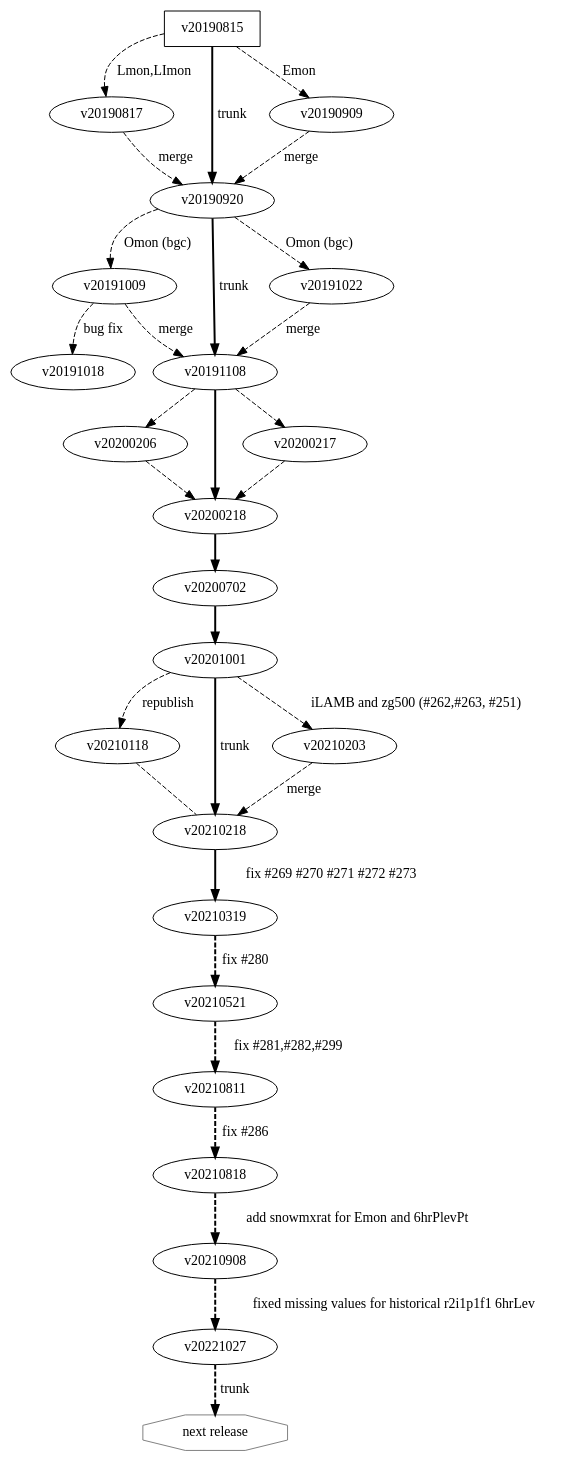
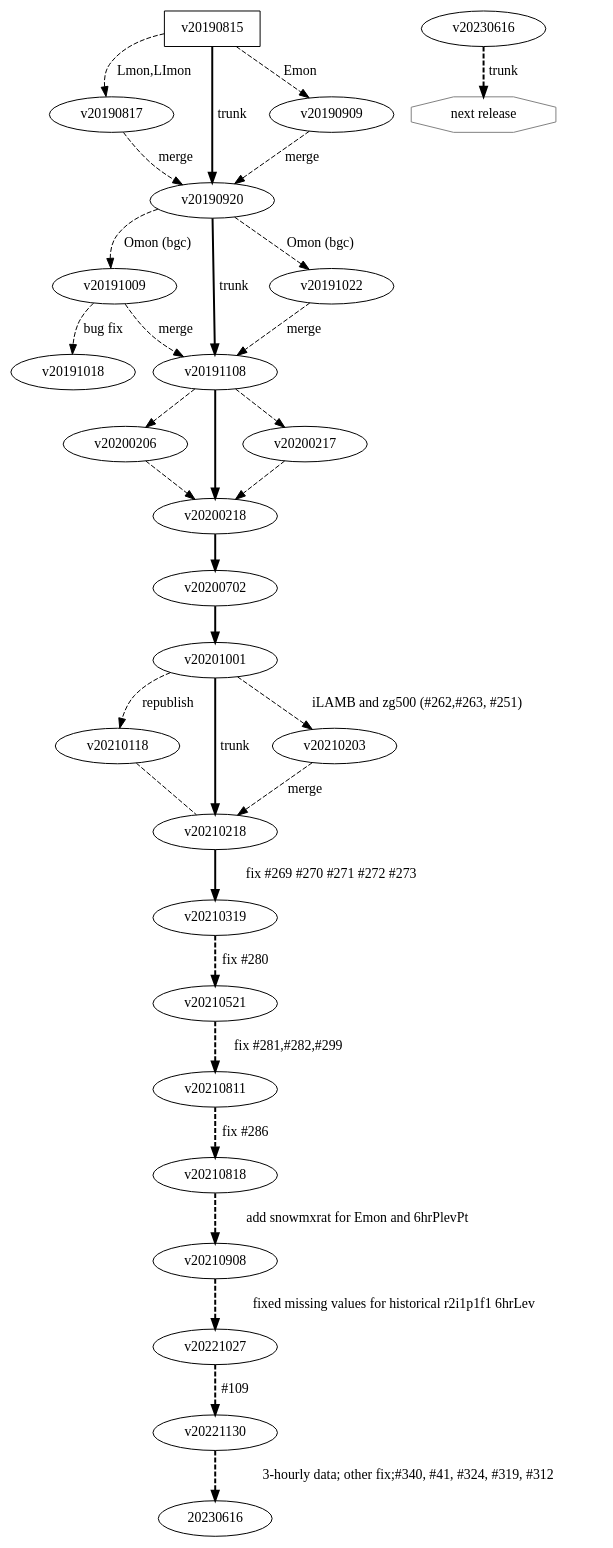
Before and after one commit to NorESMhub/noresm2cmor: the diagram in versions/versions.gv, drawn with Graphviz.

Commit message:
descripiton of version v20230616

```diff
--- a/versions/versions.gv
+++ b/versions/versions.gv
@@ -1,36 +1,38 @@
  digraph G {
    v20190815 [shape=box;label="v20190815"];
    "next release" [shape=octagon;color=gray;label="next release"];
    //v20190920 [shape=box];
    //v20191108 [shape=box];
    v20190815 -> v20190817 [style=dashed,label="Lmon,LImon"];
    v20190815 -> v20190920 [penwidth=2.0,weight="2",label="trunk"];
    v20190815 -> v20190909 [style=dashed,label="Emon"];
    v20190817 -> v20190920 [style=dashed,label="merge"];
    v20190909 -> v20190920 [style=dashed,label="merge"];
    v20190920 -> v20191009 [style=dashed,weight="1",label="Omon (bgc)"];
    v20190920 -> v20191108 [penwidth=2.0,wegith="2",label="trunk"];
    v20190920 -> v20191022 [style=dashed,weight="1",label="Omon (bgc)"];
    v20191009 -> v20191018 [style=dashed,wegith="1",label="bug fix"];
    v20191009 -> v20191108 [style=dashed,wegith="1",label="merge"];
    v20191022 -> v20191108 [style=dashed,wegith="1",label="merge"];
    v20191108 -> v20200206 [style=dashed,weigth="1"];
    v20200206 -> v20200218 [style=dashed,weigth="1"];
    v20191108 -> v20200218 [penwidth=2.0,weigth="2"];
    v20191108 -> v20200217 [style=dashed,weigth="1"];
    v20200217 -> v20200218 [style=dashed,weigth="1"];
    v20200218 -> v20200702 [penwidth=2.0,weigth="2"];
    v20200702 -> v20201001 [penwidth=2.0,weigth="2"];
    v20201001 -> v20210118 [penwidth=1.0,style=dashed,weigth="1",label="republish"];
    v20210118 -> v20210218 [penwidth=1.0,arrowhead=none,style=dashed,weigth="1"];
    v20201001 -> v20210218 [style=solid,penwidth=2.0,weigth="2",label="trunk"];
    v20201001 -> v20210203 [penwidth=1.0,style=dashed,weigth="1",label="iLAMB and zg500 (#262,#263, #251)"];
    v20210203 -> v20210218 [style=dashed,penwidth=1.0,weigth="1",label="merge"];
    v20210218 -> v20210319 [style=solid,penwidth=2.0,weigth="1",label="fix #269 #270 #271 #272 #273"];
    v20210319 -> "v20210521" [style=dashed;penwidth=2.0;label="fix #280"];
    v20210521 -> "v20210811" [style=dashed;penwidth=2.0;label="fix #281,#282,#299"];
    v20210811 -> "v20210818" [style=dashed;penwidth=2.0;label="fix #286"];
    v20210818 -> "v20210908" [style=dashed;penwidth=2.0;label="add snowmxrat for Emon and 6hrPlevPt"];
    v20210908 -> "v20221027" [style=dashed;penwidth=2.0;label="fixed missing values for historical r2i1p1f1 6hrLev"];
-   v20221027 -> "next release" [style=dashed;penwidth=2.0;label="trunk"];
+   v20221027 -> "v20221130" [style=dashed;penwidth=2.0;label="#109"];
+   v20221130 -> "20230616" [style=dashed;penwidth=2.0;label="3-hourly data; other fix;#340, #41, #324, #319, #312"];
+   v20230616 -> "next release" [style=dashed;penwidth=2.0;label="trunk"];
  }
```
